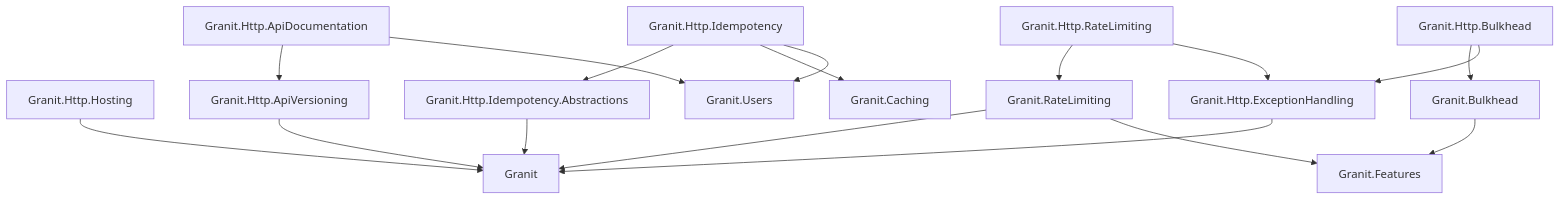
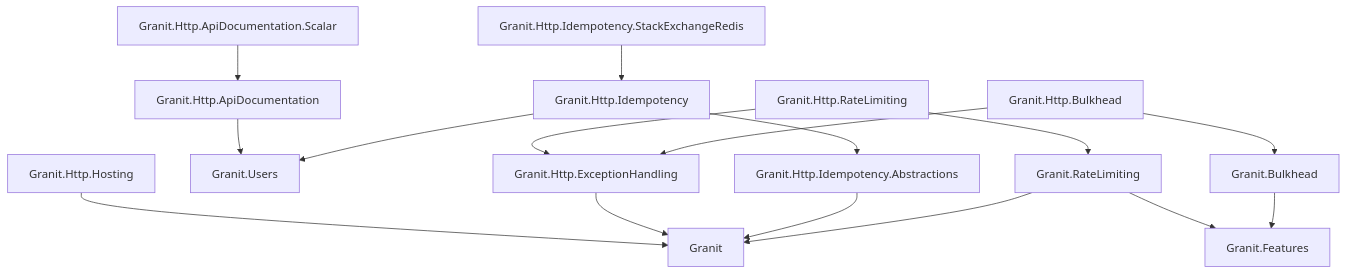
One commit to granit-fx/granit-docs changed the diagram in src/content/docs/dotnet/api/index.mdx. Above: the diagram before and after it, drawn with Mermaid. The commit also changed other lines of this file and 18 other files, not shown here.

First line of the commit message:
docs(dotnet): Http* redesign epic batch 2 — OpenAPI consolidation, idempotency store, QueryEngine/OData subordination, consent ledger

````diff
--- a/src/content/docs/dotnet/api/index.mdx
+++ b/src/content/docs/dotnet/api/index.mdx
@@ -49,19 +48,18 @@
 ```mermaid
 graph TD
     HOST[Granit.Http.Hosting] --> CO[Granit]
-    AV[Granit.Http.ApiVersioning] --> CO
-    AD[Granit.Http.ApiDocumentation] --> AV
-    AD --> SEC[Granit.Users]
+    AD[Granit.Http.ApiDocumentation] --> SEC[Granit.Users]
+    ADS[Granit.Http.ApiDocumentation.Scalar] --> AD
     EH[Granit.Http.ExceptionHandling] --> CO
     IDA[Granit.Http.Idempotency.Abstractions] --> CO
     ID[Granit.Http.Idempotency] --> IDA
-    ID --> CA[Granit.Caching]
     ID --> SEC
+    IDR[Granit.Http.Idempotency.StackExchangeRedis] --> ID
     RL[Granit.RateLimiting] --> CO
     RL --> FT[Granit.Features]
     HRL[Granit.Http.RateLimiting] --> RL
     HRL --> EH
     BH[Granit.Bulkhead] --> FT
     HBH[Granit.Http.Bulkhead] --> BH
     HBH --> EH
 ```
````
